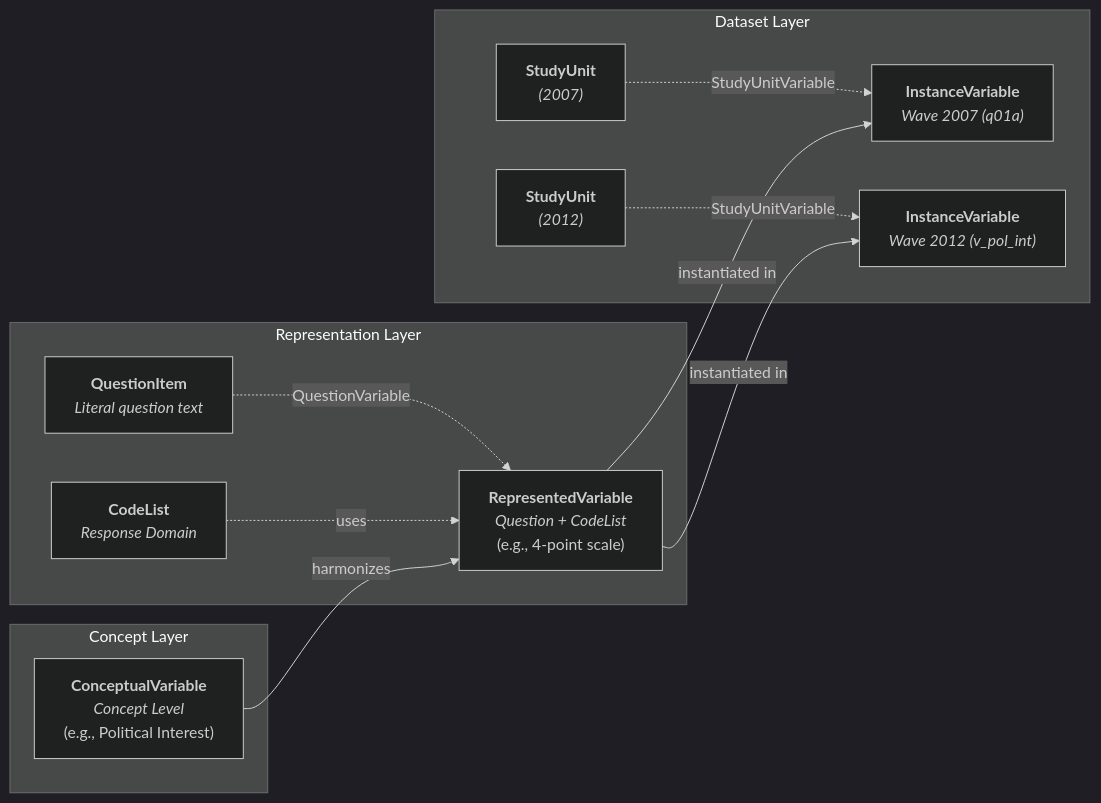
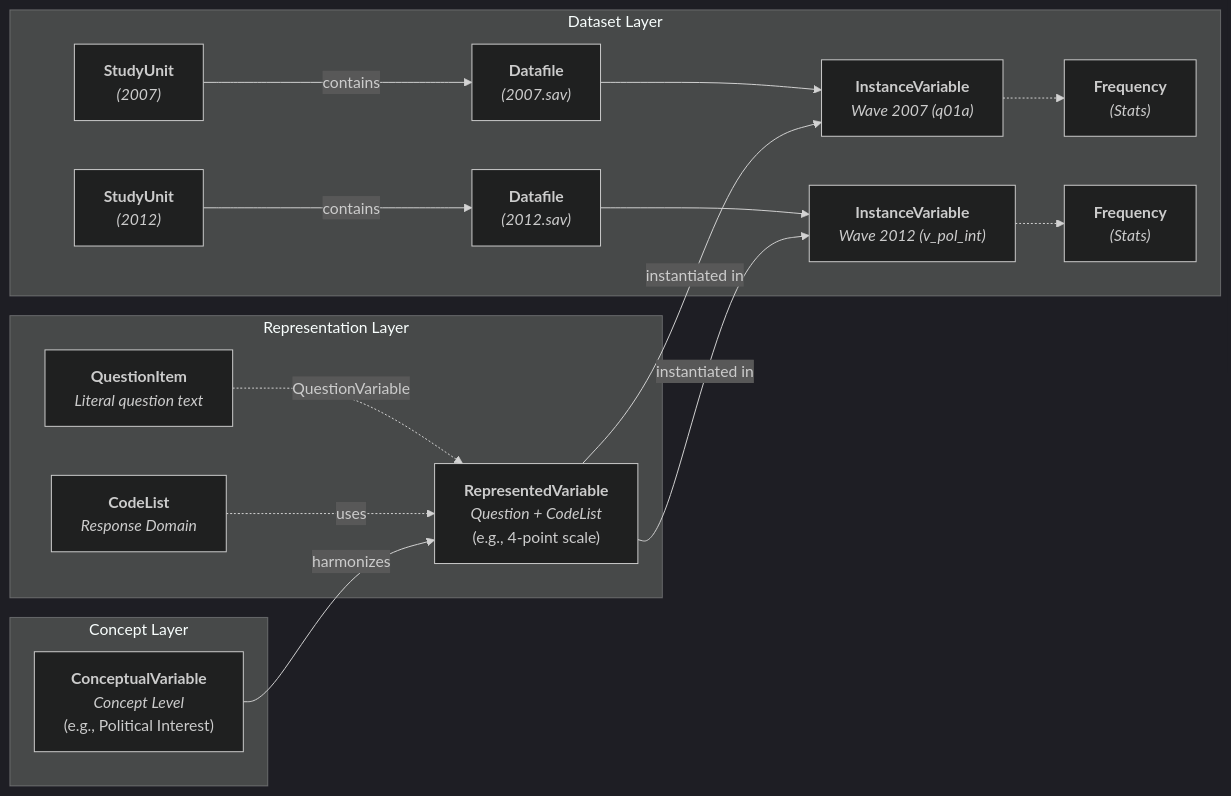
Before and after one commit to PlgaH/fairwddi-wp3-3: the fourth of 5 diagrams in deliverables/research/database.md, drawn with Mermaid (dark theme). The commit also changed other lines of this file and 16 other files, not shown here.

````diff
--- a/deliverables/research/database.md
+++ b/deliverables/research/database.md
@@ -585,21 +653,23 @@
 ```mermaid
 graph LR
     subgraph Concept_Layer ["Concept Layer"]
         CV["<b>ConceptualVariable</b><br/><i>Concept Level</i><br/>(e.g., Political Interest)"]
     end
     subgraph Representation_Layer ["Representation Layer"]
         RV["<b>RepresentedVariable</b><br/><i>Question + CodeList</i><br/>(e.g., 4-point scale)"]
         QI["<b>QuestionItem</b><br/><i>Literal question text</i>"] -.->|QuestionVariable| RV
         CL["<b>CodeList</b><br/><i>Response Domain</i>"] -.->|uses| RV
     end
     subgraph Dataset_Layer ["Dataset Layer"]
-        IV1["<b>InstanceVariable</b><br/><i>Wave 2007 (q01a)</i>"]
-        IV2["<b>InstanceVariable</b><br/><i>Wave 2012 (v_pol_int)</i>"]
-        SU1["<b>StudyUnit</b><br/><i>(2007)</i>"] -.->|StudyUnitVariable| IV1
-        SU2["<b>StudyUnit</b><br/><i>(2012)</i>"] -.->|StudyUnitVariable| IV2
+        DF1["<b>Datafile</b><br/><i>(2007.sav)</i>"] --> IV1["<b>InstanceVariable</b><br/><i>Wave 2007 (q01a)</i>"]
+        DF2["<b>Datafile</b><br/><i>(2012.sav)</i>"] --> IV2["<b>InstanceVariable</b><br/><i>Wave 2012 (v_pol_int)</i>"]
+        SU1["<b>StudyUnit</b><br/><i>(2007)</i>"] -->|contains| DF1
+        SU2["<b>StudyUnit</b><br/><i>(2012)</i>"] -->|contains| DF2
+        IV1 -.-> Freq1["<b>Frequency</b><br/><i>(Stats)</i>"]
+        IV2 -.-> Freq2["<b>Frequency</b><br/><i>(Stats)</i>"]
     end
 
     CV -->|harmonizes| RV
     RV -->|instantiated in| IV1
     RV -->|instantiated in| IV2
 ```
````
